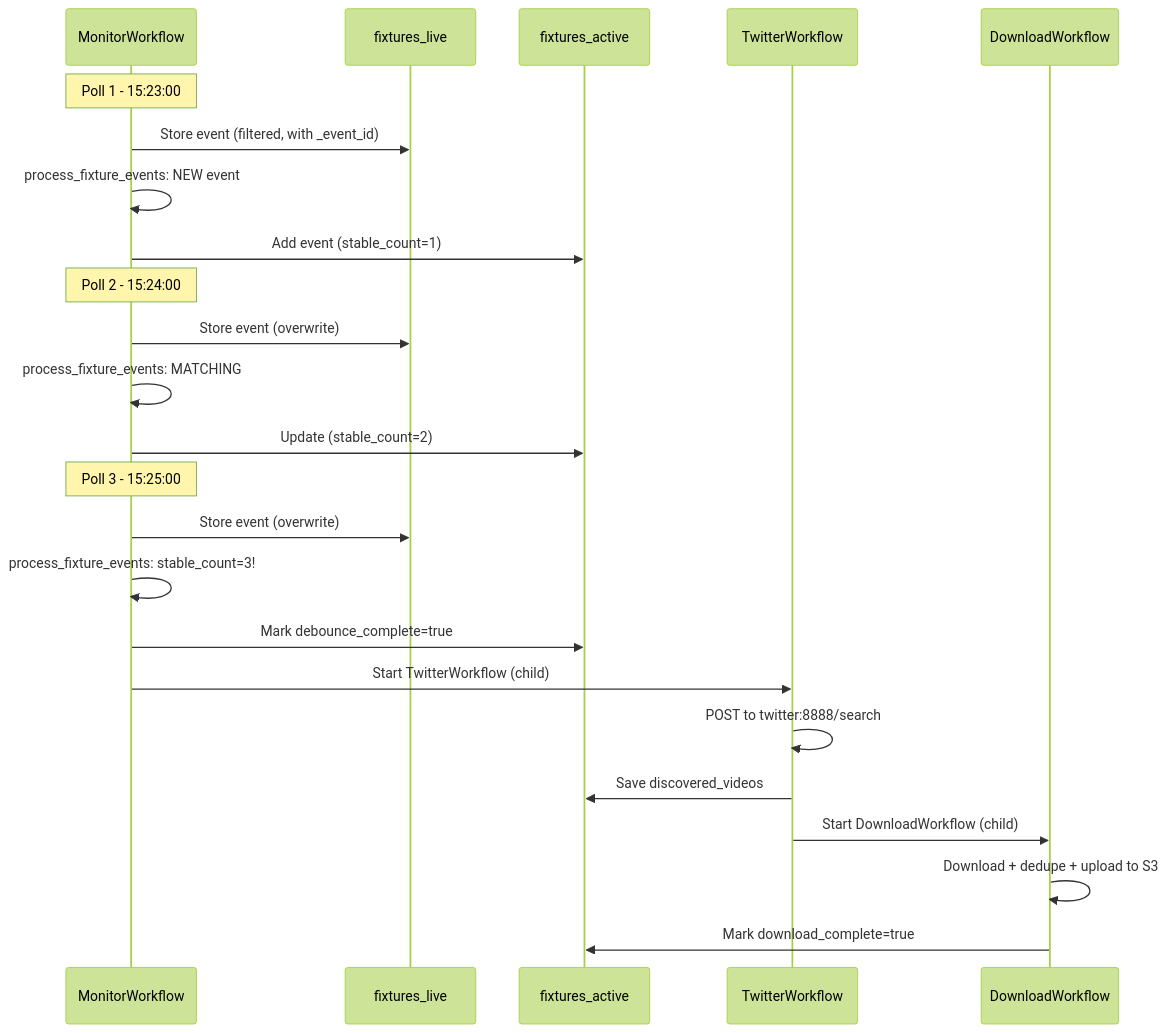
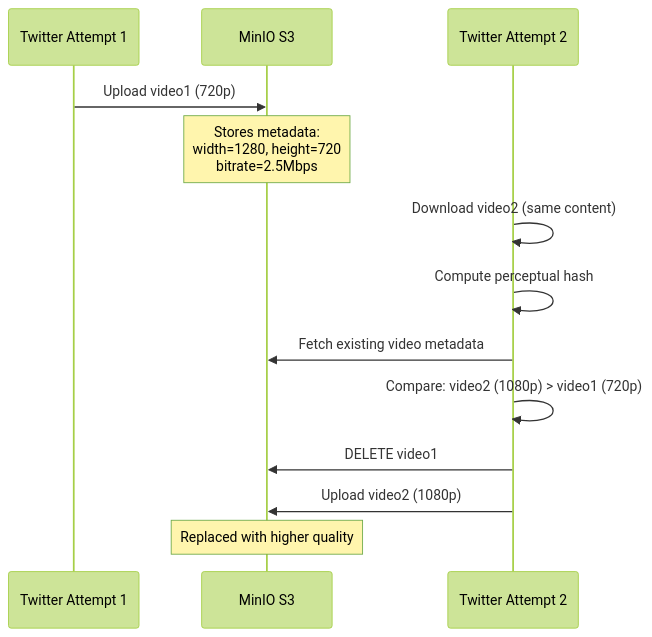
One commit to vedantadhobley/found-footy changed the fourth of 4 diagrams in ARCHITECTURE.md. Above: the diagram before and after it, drawn with Mermaid (forest theme). The commit also changed other lines of this file and 19 other files, not shown here.

````diff
--- a/ARCHITECTURE.md
+++ b/ARCHITECTURE.md
@@ -382,31 +153,17 @@
 ```mermaid
 sequenceDiagram
-    participant MW as MonitorWorkflow
-    participant L as fixtures_live
-    participant A as fixtures_active
-    participant TW as TwitterWorkflow
-    participant DW as DownloadWorkflow
+    participant T1 as Twitter Attempt 1
+    participant S3 as MinIO S3
+    participant T2 as Twitter Attempt 2
     
-    Note over MW: Poll 1 - 15:23:00
-    MW->>L: Store event (filtered, with _event_id)
-    MW->>MW: process_fixture_events: NEW event
-    MW->>A: Add event (stable_count=1)
+    T1->>S3: Upload video1 (720p)
+    Note over S3: Stores metadata:<br/>width=1280, height=720<br/>bitrate=2.5Mbps
     
-    Note over MW: Poll 2 - 15:24:00
-    MW->>L: Store event (overwrite)
-    MW->>MW: process_fixture_events: MATCHING
-    MW->>A: Update (stable_count=2)
-    
-    Note over MW: Poll 3 - 15:25:00
-    MW->>L: Store event (overwrite)
-    MW->>MW: process_fixture_events: stable_count=3!
-    MW->>A: Mark debounce_complete=true
-    MW->>TW: Start TwitterWorkflow (child)
-    
-    TW->>TW: POST to twitter:8888/search
-    TW->>A: Save discovered_videos
-    TW->>DW: Start DownloadWorkflow (child)
-    
-    DW->>DW: Download + dedupe + upload to S3
-    DW->>A: Mark download_complete=true
+    T2->>T2: Download video2 (same content)
+    T2->>T2: Compute perceptual hash
+    T2->>S3: Fetch existing video metadata
+    T2->>T2: Compare: video2 (1080p) > video1 (720p)
+    T2->>S3: DELETE video1
+    T2->>S3: Upload video2 (1080p)
+    Note over S3: Replaced with higher quality
 ```
````
